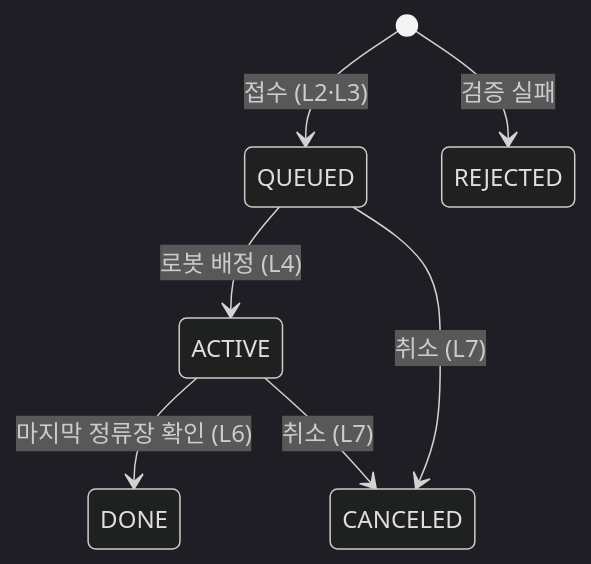
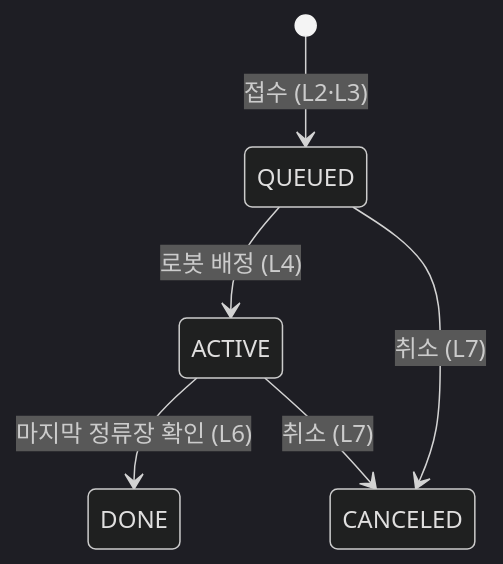
One commit to yg-gulbi/bad_autonoumous_delivery changed the fourth of 6 diagrams in docs/part3/WEB_DB_DESIGN.md. Above: the diagram before and after it, drawn with Mermaid (dark theme). The commit also changed other lines of this file and 64 other files, not shown here.

````diff
--- a/docs/part3/WEB_DB_DESIGN.md
+++ b/docs/part3/WEB_DB_DESIGN.md
@@ -298,9 +298,8 @@
 ```mermaid
 stateDiagram-v2
   [*] --> QUEUED: 접수 (L2·L3)
-  [*] --> REJECTED: 검증 실패
   QUEUED --> ACTIVE: 로봇 배정 (L4)
   ACTIVE --> DONE: 마지막 정류장 확인 (L6)
   QUEUED --> CANCELED: 취소 (L7)
   ACTIVE --> CANCELED: 취소 (L7)
 ```
````
